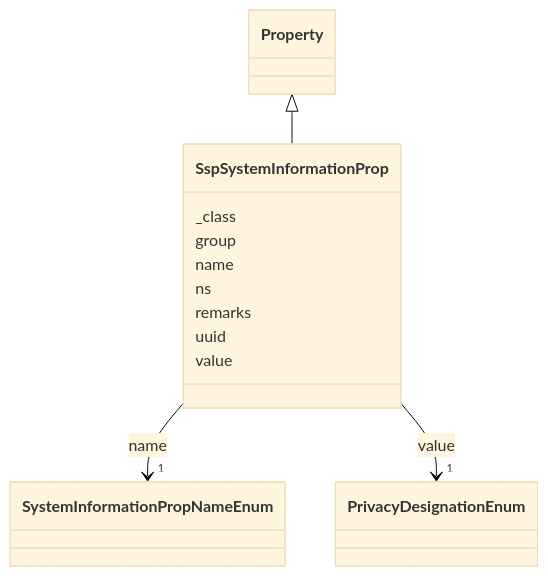
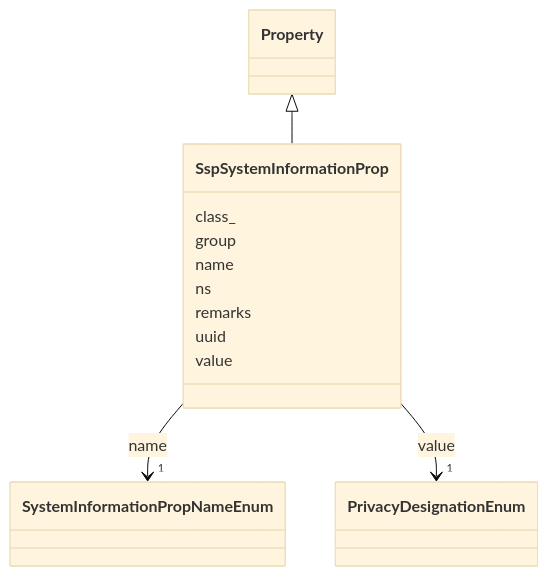
The diagram in project/mermaid/SspSystemInformationProp.md (lmodel/oscal), drawn with Mermaid (base theme) before and after one commit. The commit also changed 434 other files, not shown here.

Commit message:
fix(schema): stamp the modules for 1.2.3 and regenerate extended outputs

````diff
--- a/project/mermaid/SspSystemInformationProp.md
+++ b/project/mermaid/SspSystemInformationProp.md
@@ -4,41 +4,41 @@
 ```mermaid
  classDiagram
     class SspSystemInformationProp
     click SspSystemInformationProp href "../SspSystemInformationProp"
       Property <|-- SspSystemInformationProp
         click Property href "../Property"
       
-      SspSystemInformationProp : _class
+      SspSystemInformationProp : class_
         
       SspSystemInformationProp : group
         
       SspSystemInformationProp : name
         
           
     
         
         
         SspSystemInformationProp --> "1" SystemInformationPropNameEnum : name
         click SystemInformationPropNameEnum href "../SystemInformationPropNameEnum"
     
 
         
       SspSystemInformationProp : ns
         
       SspSystemInformationProp : remarks
         
       SspSystemInformationProp : uuid
         
       SspSystemInformationProp : value
         
           
     
         
         
         SspSystemInformationProp --> "1" PrivacyDesignationEnum : value
         click PrivacyDesignationEnum href "../PrivacyDesignationEnum"
     
 
         
       
 ```
````
